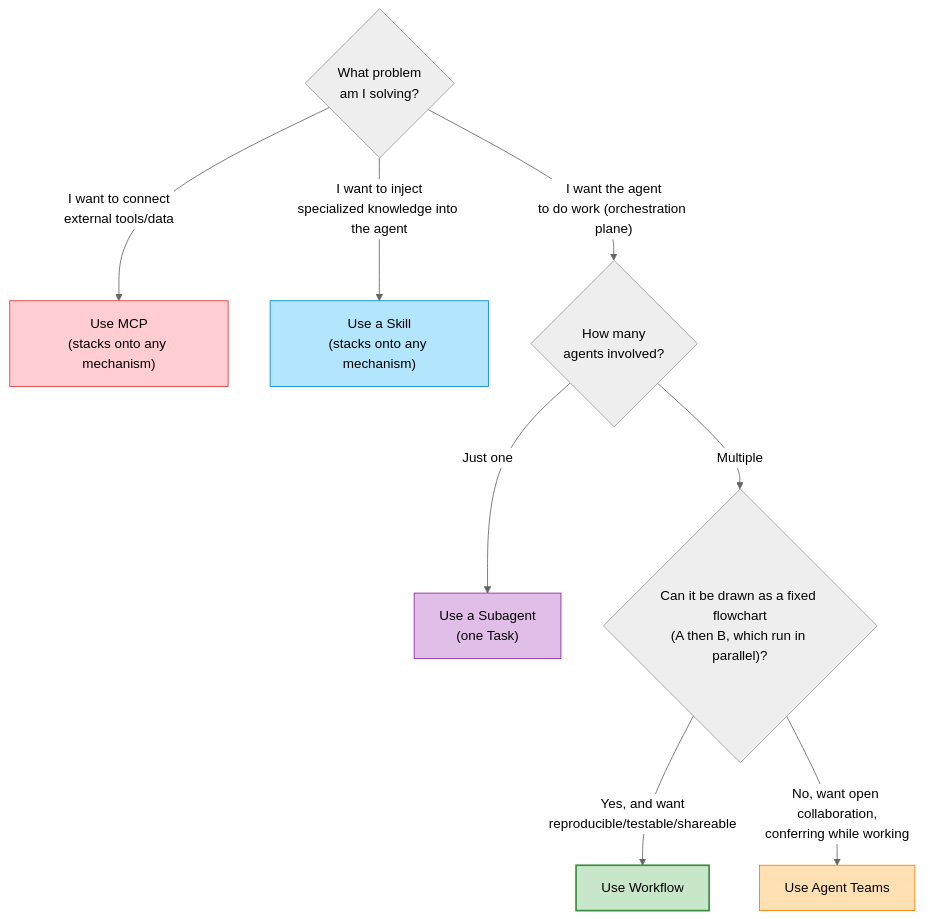
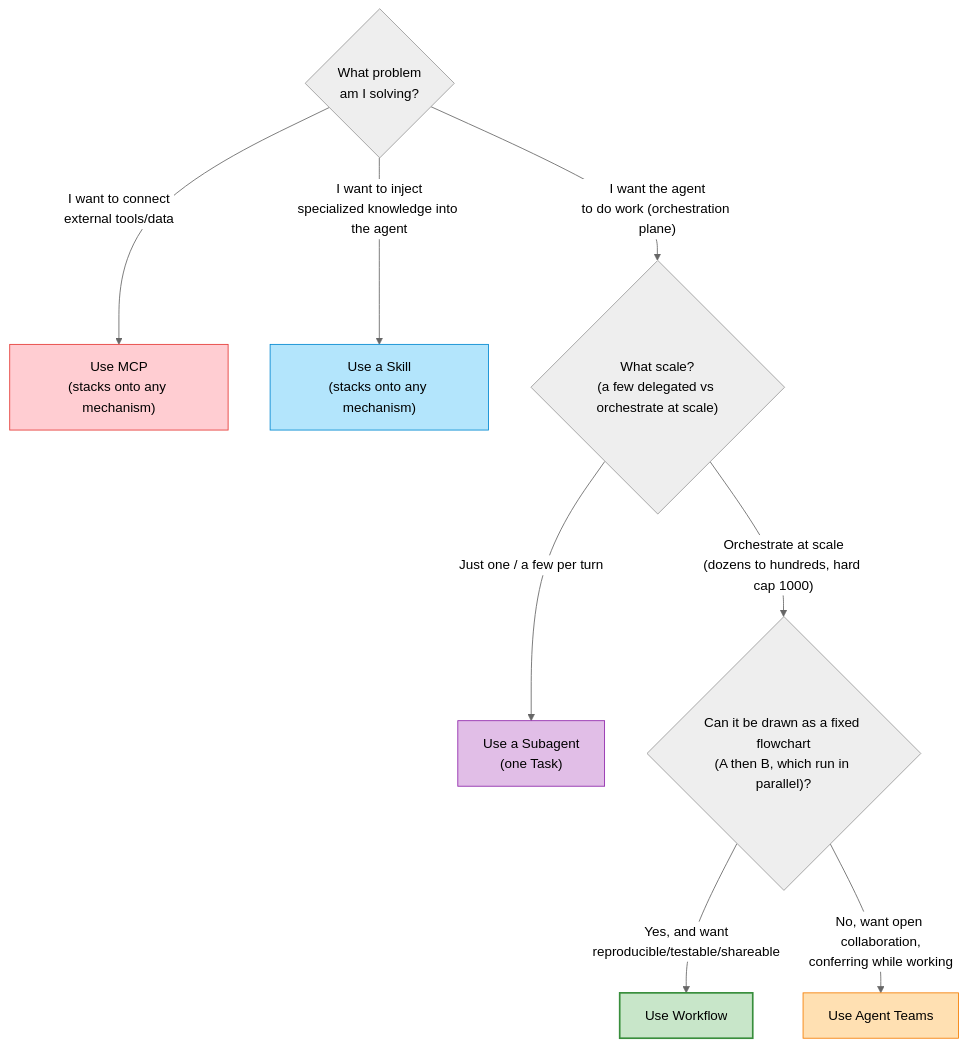
One commit to AGI-is-going-to-arrive/workflow-cookbook changed the sixth of 7 diagrams in docs/en/p1-03-positioning-matrix.md. Above: the diagram before and after it, drawn with Mermaid (neutral theme). The commit also changed other lines of this file and 80 other files, not shown here.

````diff
--- a/docs/en/p1-03-positioning-matrix.md
+++ b/docs/en/p1-03-positioning-matrix.md
@@ -244,20 +244,20 @@
 ```mermaid
 flowchart TD
     Start{"What problem<br/>am I solving?"}
 
     Start -->|"I want to connect<br/>external tools/data"| MCP["Use MCP<br/>(stacks onto any mechanism)"]
     Start -->|"I want to inject<br/>specialized knowledge into the agent"| SK["Use a Skill<br/>(stacks onto any mechanism)"]
-    Start -->|"I want the agent<br/>to do work (orchestration plane)"| Q1{"How many<br/>agents involved?"}
+    Start -->|"I want the agent<br/>to do work (orchestration plane)"| Q1{"What scale?<br/>(a few delegated vs orchestrate at scale)"}
 
-    Q1 -->|"Just one"| SA["Use a Subagent<br/>(one Task)"]
-    Q1 -->|"Multiple"| Q2{"Can it be drawn as a fixed flowchart<br/>(A then B, which run in parallel)?"}
+    Q1 -->|"Just one / a few per turn"| SA["Use a Subagent<br/>(one Task)"]
+    Q1 -->|"Orchestrate at scale<br/>(dozens to hundreds, hard cap 1000)"| Q2{"Can it be drawn as a fixed flowchart<br/>(A then B, which run in parallel)?"}
 
     Q2 -->|"Yes, and want<br/>reproducible/testable/shareable"| WF["Use Workflow"]
     Q2 -->|"No, want open collaboration,<br/>conferring while working"| AT["Use Agent Teams"]
 
     style WF fill:#c8e6c9,stroke:#388e3c,stroke-width:2px
     style AT fill:#ffe0b2,stroke:#f57c00
     style SA fill:#e1bee7,stroke:#8e24aa
     style SK fill:#b3e5fc,stroke:#0288d1
     style MCP fill:#ffcdd2,stroke:#e53935
 ```
````
